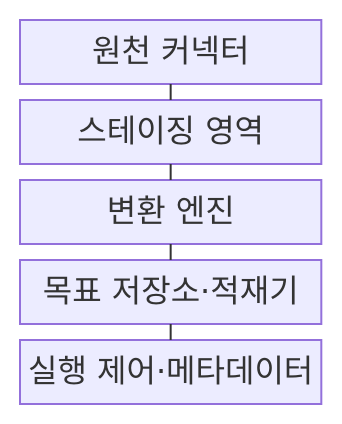
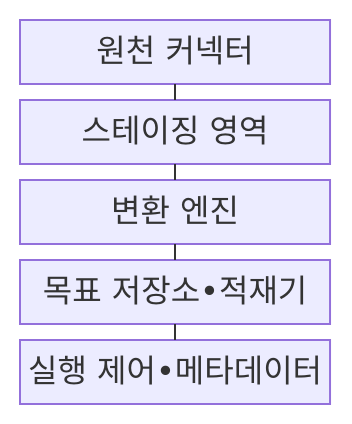
Before and after one commit to agnusdei1207/knowledge-base: the first of 2 diagrams in src/content/docs/notes/03-software/138_etl_elt_pipeline.md, drawn with Mermaid. The commit also changed other lines of this file and 953 other files, not shown here.

````diff
--- a/src/content/docs/notes/03-software/138_etl_elt_pipeline.md
+++ b/src/content/docs/notes/03-software/138_etl_elt_pipeline.md
@@ -72,13 +72,13 @@
 ```mermaid
 block
     columns 1
     A["원천 커넥터"]
     B["스테이징 영역"]
     C["변환 엔진"]
-    D["목표 저장소·적재기"]
-    E["실행 제어·메타데이터"]
+    D["목표 저장소•적재기"]
+    E["실행 제어•메타데이터"]
     A --- B
     B --- C
     C --- D
     D --- E
 ```
````
